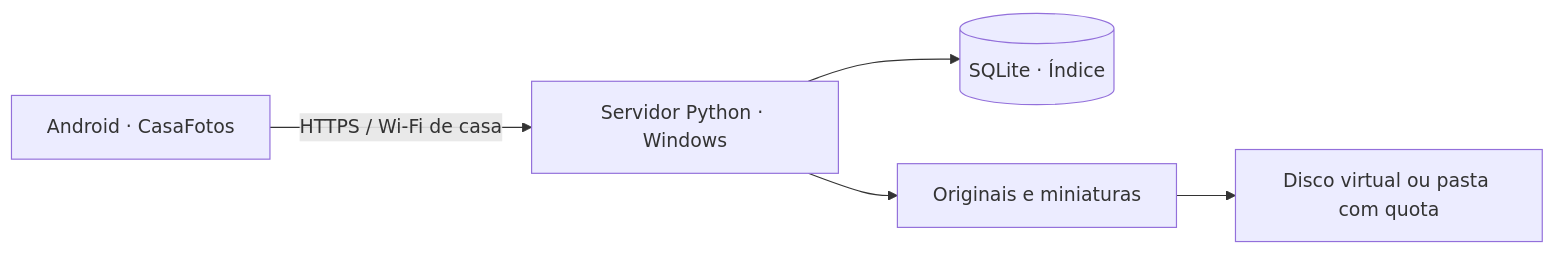
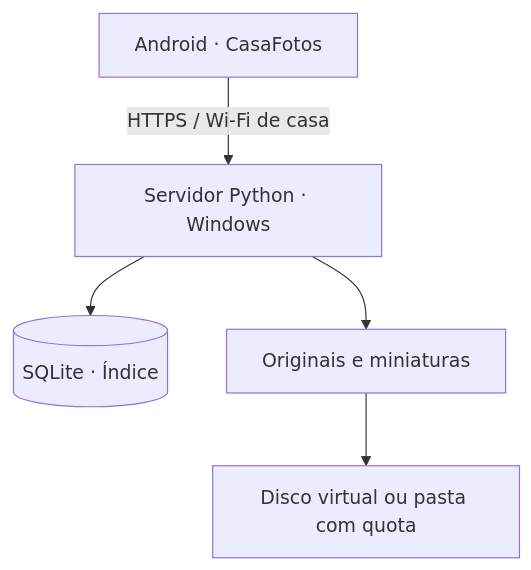
Before and after one commit to NexysT/CasaFotos: the diagram in README.md, drawn with Mermaid. The commit also changed other lines of this file and 3 other files, not shown here.

````diff
--- a/README.md
+++ b/README.md
@@ -74,7 +37,7 @@
 ```mermaid
-flowchart LR
+flowchart TD
     A["Android · CasaFotos"] -->|"HTTPS / Wi-Fi de casa"| B["Servidor Python · Windows"]
     B --> C[("SQLite · Índice")]
     B --> D["Originais e miniaturas"]
     D --> E["Disco virtual ou pasta com quota"]
 ```
````
